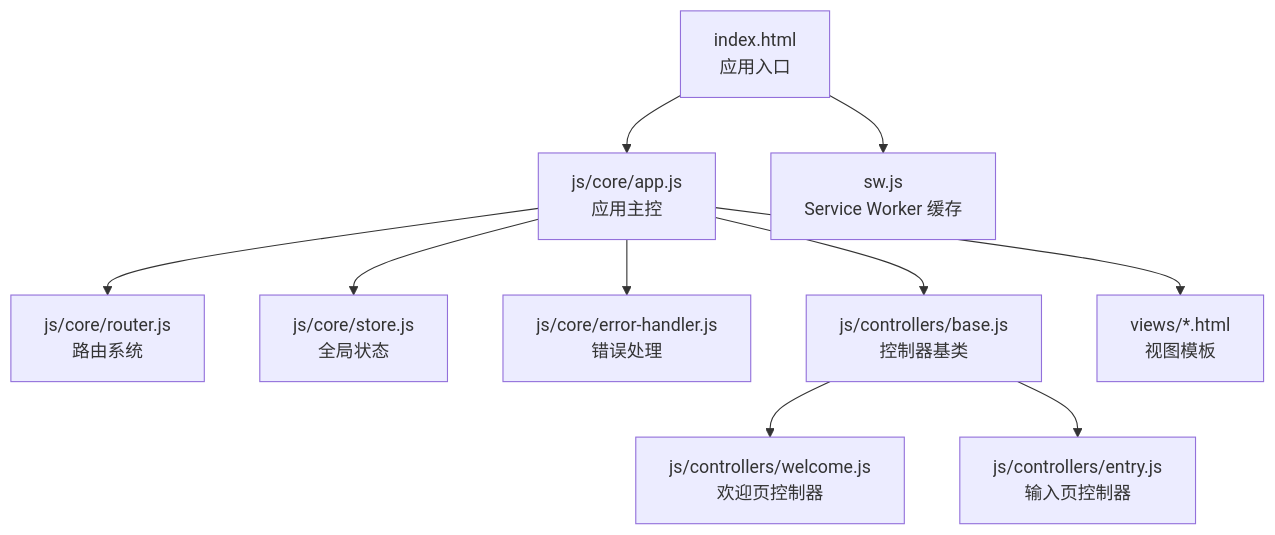
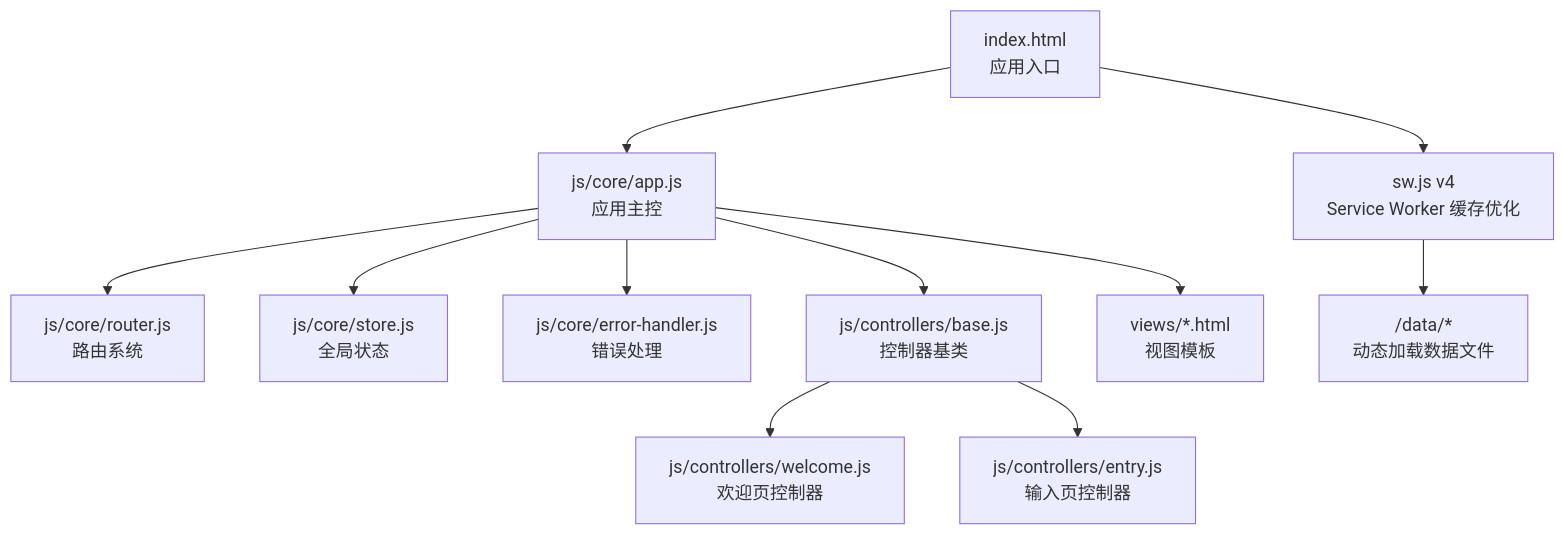
The first of 5 diagrams in .qoder/repowiki/zh/content/架构设计/动态加载机制.md (jeankeim/wuxing-fashion), drawn with Mermaid before and after one commit. The commit also changed other lines of this file and 27 other files, not shown here.

````diff
--- a/.qoder/repowiki/zh/content/架构设计/动态加载机制.md
+++ b/.qoder/repowiki/zh/content/架构设计/动态加载机制.md
@@ -44,12 +47,13 @@
 ```mermaid
 graph TB
 A["index.html<br/>应用入口"] --> B["js/core/app.js<br/>应用主控"]
 B --> C["js/core/router.js<br/>路由系统"]
 B --> D["js/core/store.js<br/>全局状态"]
 B --> E["js/core/error-handler.js<br/>错误处理"]
 B --> F["js/controllers/base.js<br/>控制器基类"]
 F --> G["js/controllers/welcome.js<br/>欢迎页控制器"]
 F --> H["js/controllers/entry.js<br/>输入页控制器"]
 B --> I["views/*.html<br/>视图模板"]
-A --> J["sw.js<br/>Service Worker 缓存"]
+A --> J["sw.js v4<br/>Service Worker 缓存优化"]
+J --> K["/data/*<br/>动态加载数据文件"]
 ```
````
